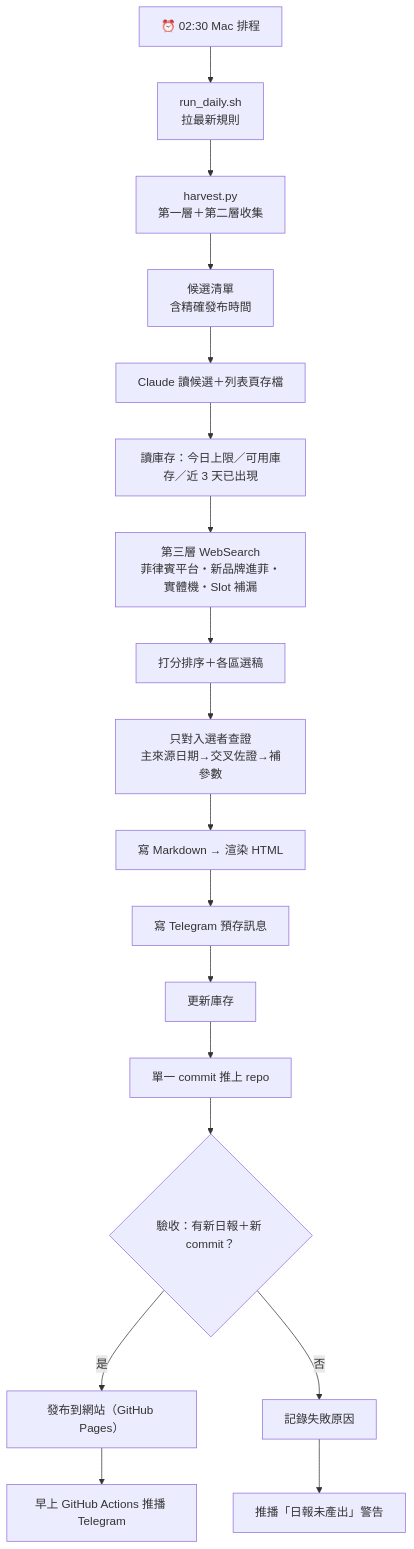
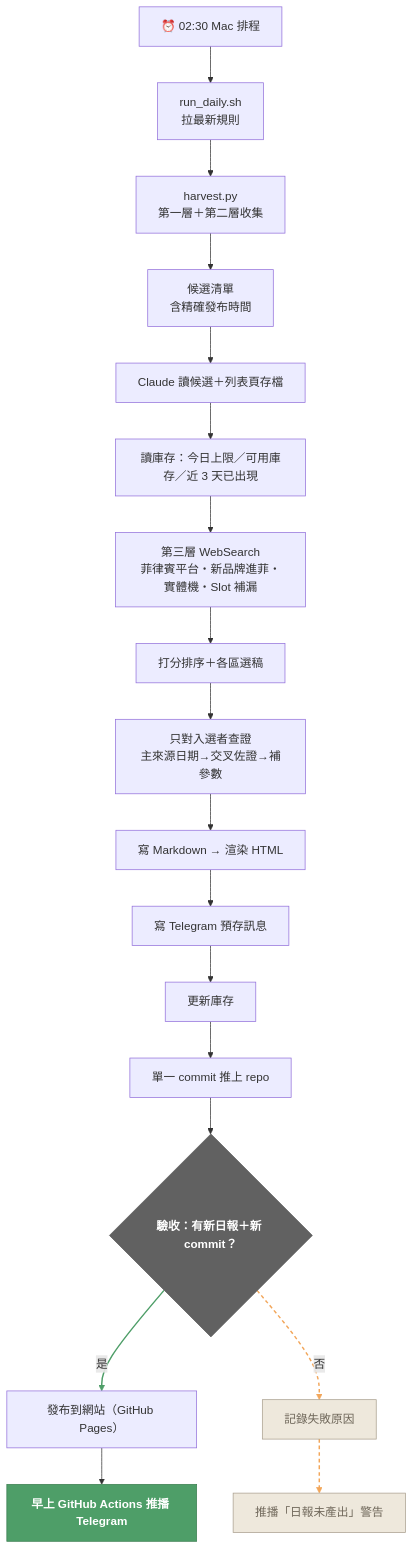
Before and after one commit to igaming-pulse/igaming-daily: the first of 5 diagrams in OutputLogic.md, drawn with Mermaid. The commit also changed other lines of this file and 1 other file, not shown here.

Commit message:
style: OutputLogic 流程圖方案 C 修訂版

````diff
--- a/OutputLogic.md
+++ b/OutputLogic.md
@@ -37,20 +37,28 @@
 ```mermaid
 flowchart TD
   A["⏰ 02:30 Mac 排程"] --> B["run_daily.sh<br/>拉最新規則"]
   B --> C["harvest.py<br/>第一層＋第二層收集"]
   C --> D["候選清單<br/>含精確發布時間"]
   D --> E["Claude 讀候選＋列表頁存檔"]
   E --> F["讀庫存：今日上限／可用庫存／近 3 天已出現"]
   F --> G["第三層 WebSearch<br/>菲律賓平台・新品牌進菲・實體機・Slot 補漏"]
   G --> H["打分排序＋各區選稿"]
   H --> I["只對入選者查證<br/>主來源日期→交叉佐證→補參數"]
   I --> J["寫 Markdown → 渲染 HTML"]
   J --> K["寫 Telegram 預存訊息"]
   K --> L["更新庫存"]
   L --> M["單一 commit 推上 repo"]
   M --> N{"驗收：有新日報＋新 commit？"}
   N -- 是 --> O["發布到網站（GitHub Pages）"]
   N -- 否 --> X["記錄失敗原因"]
   O --> Q["早上 GitHub Actions 推播 Telegram"]
   X --> R["推播「日報未產出」警告"]
+  classDef gate fill:#616161,stroke:#616161,color:#FFFFFF,font-weight:700
+  classDef out fill:#4E9E68,stroke:#3C7F52,color:#FFFFFF,font-weight:700
+  classDef muted fill:#EEE8DC,stroke:#A99F8E,color:#6F675A
+  class N gate
+  class Q out
+  class X,R muted
+  linkStyle 13 stroke:#4E9E68,stroke-width:2px
+  linkStyle 14,16 stroke:#F2A65A,stroke-width:2px,stroke-dasharray:5 4
 ```
````
